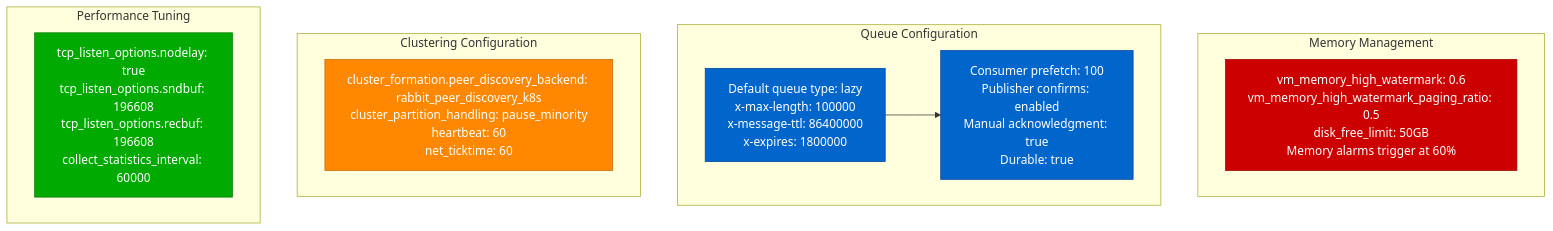
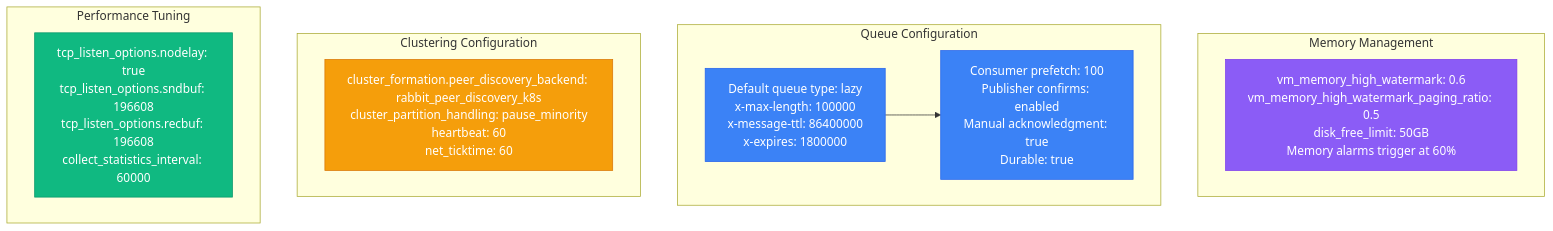
Diagram 11 of 13 in site/docs/performance/rabbitmq-performance-profile.md (deepaucksharma/DS), drawn with Mermaid before and after one commit. The commit also changed other lines of this file and 303 other files, not shown here.

````diff
--- a/site/docs/performance/rabbitmq-performance-profile.md
+++ b/site/docs/performance/rabbitmq-performance-profile.md
@@ -428,32 +428,32 @@
 ```mermaid
 graph TB
     subgraph "Memory Management"
         MEM1[vm_memory_high_watermark: 0.6<br/>vm_memory_high_watermark_paging_ratio: 0.5<br/>disk_free_limit: 50GB<br/>Memory alarms trigger at 60%]
     end
 
     subgraph "Queue Configuration"
         QUEUE1[Default queue type: lazy<br/>x-max-length: 100000<br/>x-message-ttl: 86400000<br/>x-expires: 1800000]
 
         QUEUE2[Consumer prefetch: 100<br/>Publisher confirms: enabled<br/>Manual acknowledgment: true<br/>Durable: true]
 
         QUEUE1 --> QUEUE2
     end
 
     subgraph "Clustering Configuration"
         CLUSTER1[cluster_formation.peer_discovery_backend: rabbit_peer_discovery_k8s<br/>cluster_partition_handling: pause_minority<br/>heartbeat: 60<br/>net_ticktime: 60]
     end
 
     subgraph "Performance Tuning"
         PERF1[tcp_listen_options.nodelay: true<br/>tcp_listen_options.sndbuf: 196608<br/>tcp_listen_options.recbuf: 196608<br/>collect_statistics_interval: 60000]
     end
 
-    classDef memStyle fill:#CC0000,stroke:#990000,color:#fff
-    classDef queueStyle fill:#0066CC,stroke:#004499,color:#fff
-    classDef clusterStyle fill:#FF8800,stroke:#CC6600,color:#fff
-    classDef perfStyle fill:#00AA00,stroke:#007700,color:#fff
+    classDef memStyle fill:#8B5CF6,stroke:#7C3AED,color:#fff
+    classDef queueStyle fill:#3B82F6,stroke:#2563EB,color:#fff
+    classDef clusterStyle fill:#F59E0B,stroke:#D97706,color:#fff
+    classDef perfStyle fill:#10B981,stroke:#059669,color:#fff
 
     class MEM1 memStyle
     class QUEUE1,QUEUE2 queueStyle
     class CLUSTER1 clusterStyle
     class PERF1 perfStyle
 ```
````
